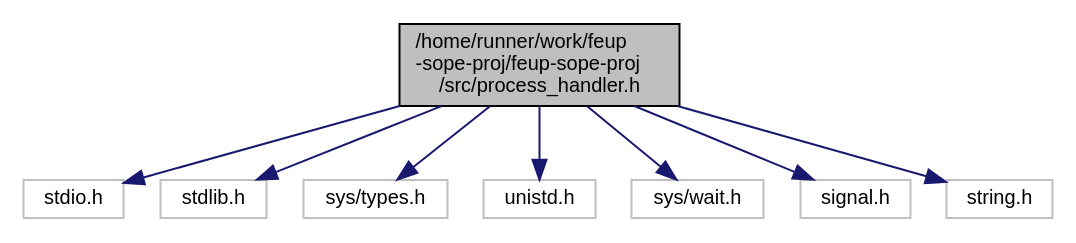
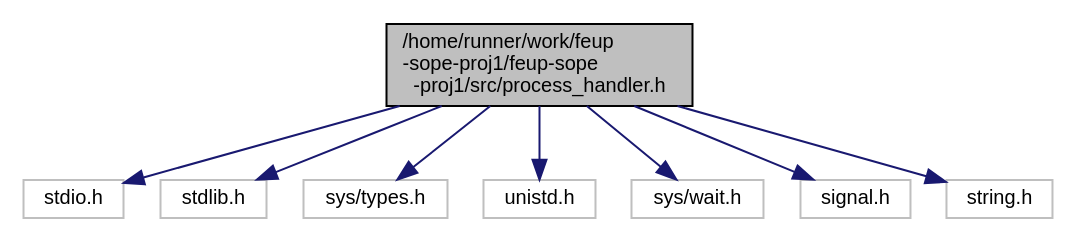
The diagram in process__handler_8h__incl.dot (ctrlMarcio/feup-sope-proj), drawn with Graphviz before and after one commit. The commit also changed 25 other files, not shown here.

```diff
--- a/process__handler_8h__incl.dot
+++ b/process__handler_8h__incl.dot
@@ -1,20 +1,20 @@
-digraph "/home/runner/work/feup-sope-proj/feup-sope-proj/src/process_handler.h"
+digraph "/home/runner/work/feup-sope-proj1/feup-sope-proj1/src/process_handler.h"
 {
   edge [fontname="Helvetica",fontsize="10",labelfontname="Helvetica",labelfontsize="10"];
   node [fontname="Helvetica",fontsize="10",shape=record];
-  Node0 [label="/home/runner/work/feup\l-sope-proj/feup-sope-proj\l/src/process_handler.h",height=0.2,width=0.4,color="black", fillcolor="grey75", style="filled", fontcolor="black"];
+  Node0 [label="/home/runner/work/feup\l-sope-proj1/feup-sope\l-proj1/src/process_handler.h",height=0.2,width=0.4,color="black", fillcolor="grey75", style="filled", fontcolor="black"];
   Node0 -> Node1 [color="midnightblue",fontsize="10",style="solid",fontname="Helvetica"];
   Node1 [label="stdio.h",height=0.2,width=0.4,color="grey75", fillcolor="white", style="filled"];
   Node0 -> Node2 [color="midnightblue",fontsize="10",style="solid",fontname="Helvetica"];
   Node2 [label="stdlib.h",height=0.2,width=0.4,color="grey75", fillcolor="white", style="filled"];
   Node0 -> Node3 [color="midnightblue",fontsize="10",style="solid",fontname="Helvetica"];
   Node3 [label="sys/types.h",height=0.2,width=0.4,color="grey75", fillcolor="white", style="filled"];
   Node0 -> Node4 [color="midnightblue",fontsize="10",style="solid",fontname="Helvetica"];
   Node4 [label="unistd.h",height=0.2,width=0.4,color="grey75", fillcolor="white", style="filled"];
   Node0 -> Node5 [color="midnightblue",fontsize="10",style="solid",fontname="Helvetica"];
   Node5 [label="sys/wait.h",height=0.2,width=0.4,color="grey75", fillcolor="white", style="filled"];
   Node0 -> Node6 [color="midnightblue",fontsize="10",style="solid",fontname="Helvetica"];
   Node6 [label="signal.h",height=0.2,width=0.4,color="grey75", fillcolor="white", style="filled"];
   Node0 -> Node7 [color="midnightblue",fontsize="10",style="solid",fontname="Helvetica"];
   Node7 [label="string.h",height=0.2,width=0.4,color="grey75", fillcolor="white", style="filled"];
 }
```
